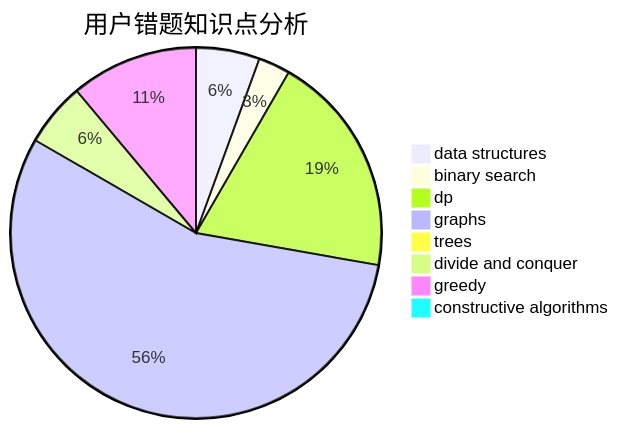
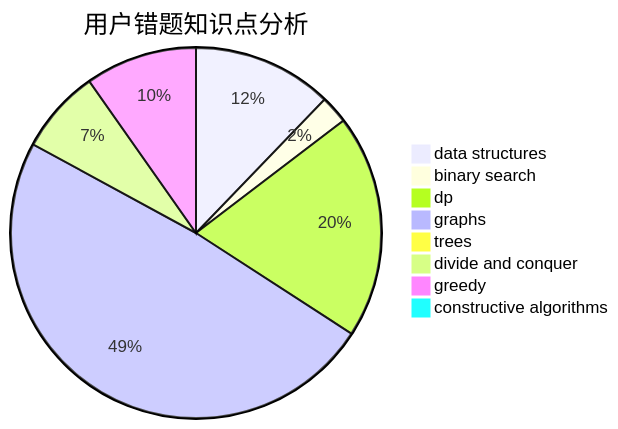
The third of 3 diagrams in docs/user/u931.md (sherpahu/cfrs.github.io), drawn with Mermaid before and after one commit. The commit also changed other lines of this file and 2770 other files, not shown here.

````diff
--- a/docs/user/u931.md
+++ b/docs/user/u931.md
@@ -36,11 +36,11 @@
 ```mermaid
 pie title 用户错题知识点分析
-    "data structures" :  2
+    "data structures" :  5
     "binary search" :  1
-    "dp" :  7
+    "dp" :  8
     "graphs" :  20
     "trees" :  0
-    "divide and conquer" :  2
+    "divide and conquer" :  3
     "greedy" :  4
     "constructive algorithms" :  0
 ```
````
